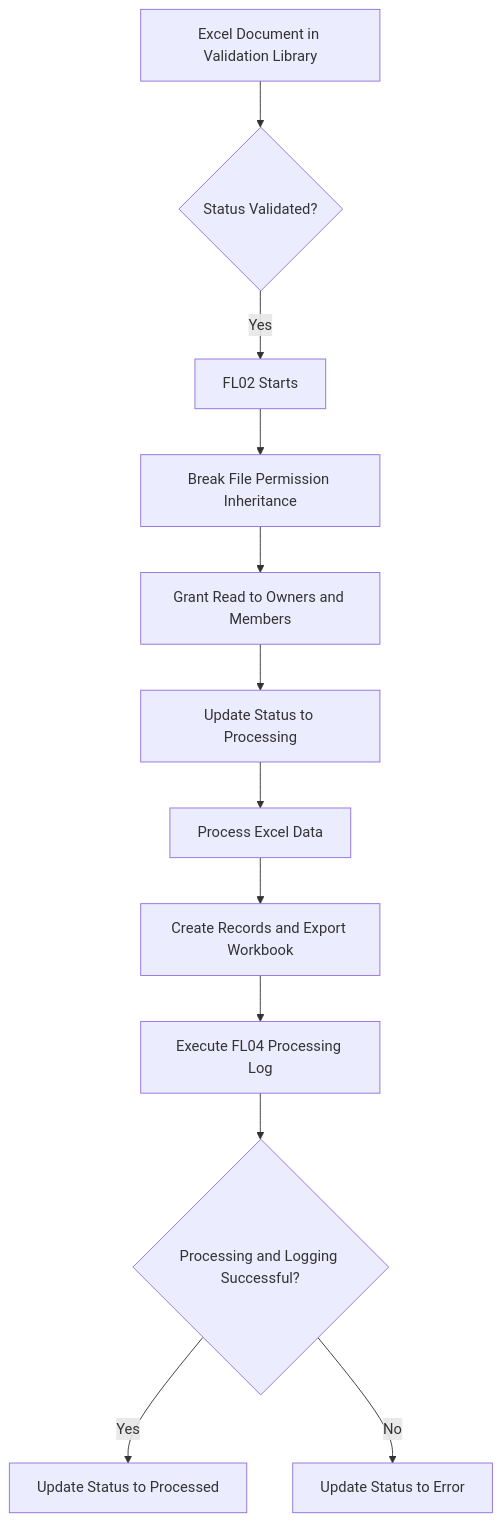
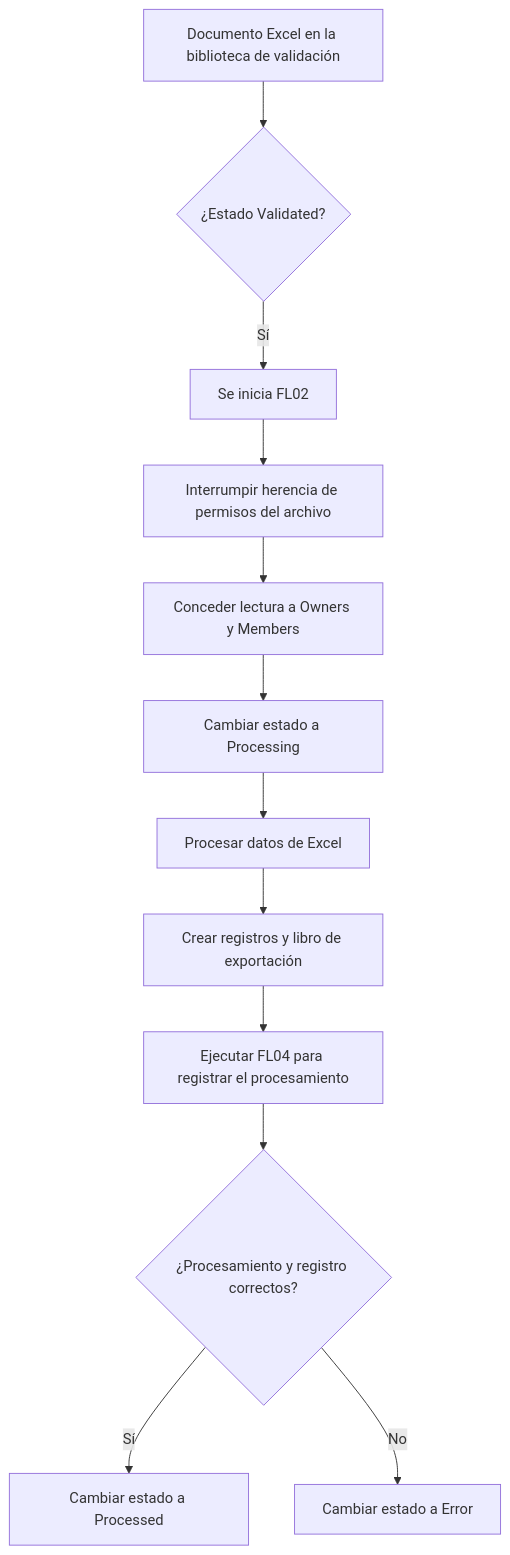
Before and after one commit to smartinmunoz/power-platform-portfolio-es: the diagram in Power-Automate/SharePoint-Excel-Automation/Sharepoint/libraries/validation-library.md, drawn with Mermaid. The commit also changed other lines of this file, not shown here.

First line of the commit message:
docs: translate SharePoint validation library to Spanish

````diff
--- a/Power-Automate/SharePoint-Excel-Automation/Sharepoint/libraries/validation-library.md
+++ b/Power-Automate/SharePoint-Excel-Automation/Sharepoint/libraries/validation-library.md
@@ -136,28 +124,27 @@
 ```mermaid
 flowchart TD
-    A["Excel Document in Validation Library"]
-    B{"Status Validated?"}
-    C["FL02 Starts"]
-    D["Break File Permission Inheritance"]
-    E["Grant Read to Owners and Members"]
-    F["Update Status to Processing"]
-    G["Process Excel Data"]
-    H["Create Records and Export Workbook"]
-    I["Execute FL04 Processing Log"]
-    J{"Processing and Logging Successful?"}
-    K["Update Status to Processed"]
-    L["Update Status to Error"]
+    A["Documento Excel en la biblioteca de validación"]
+    B{"¿Estado Validated?"}
+    C["Se inicia FL02"]
+    D["Interrumpir herencia de permisos del archivo"]
+    E["Conceder lectura a Owners y Members"]
+    F["Cambiar estado a Processing"]
+    G["Procesar datos de Excel"]
+    H["Crear registros y libro de exportación"]
+    I["Ejecutar FL04 para registrar el procesamiento"]
+    J{"¿Procesamiento y registro correctos?"}
+    K["Cambiar estado a Processed"]
+    L["Cambiar estado a Error"]
 
     A --> B
-    B -->|Yes| C
+    B -->|Sí| C
     C --> D
     D --> E
     E --> F
     F --> G
     G --> H
     H --> I
     I --> J
-    J -->|Yes| K
+    J -->|Sí| K
     J -->|No| L
-
 ```
````
